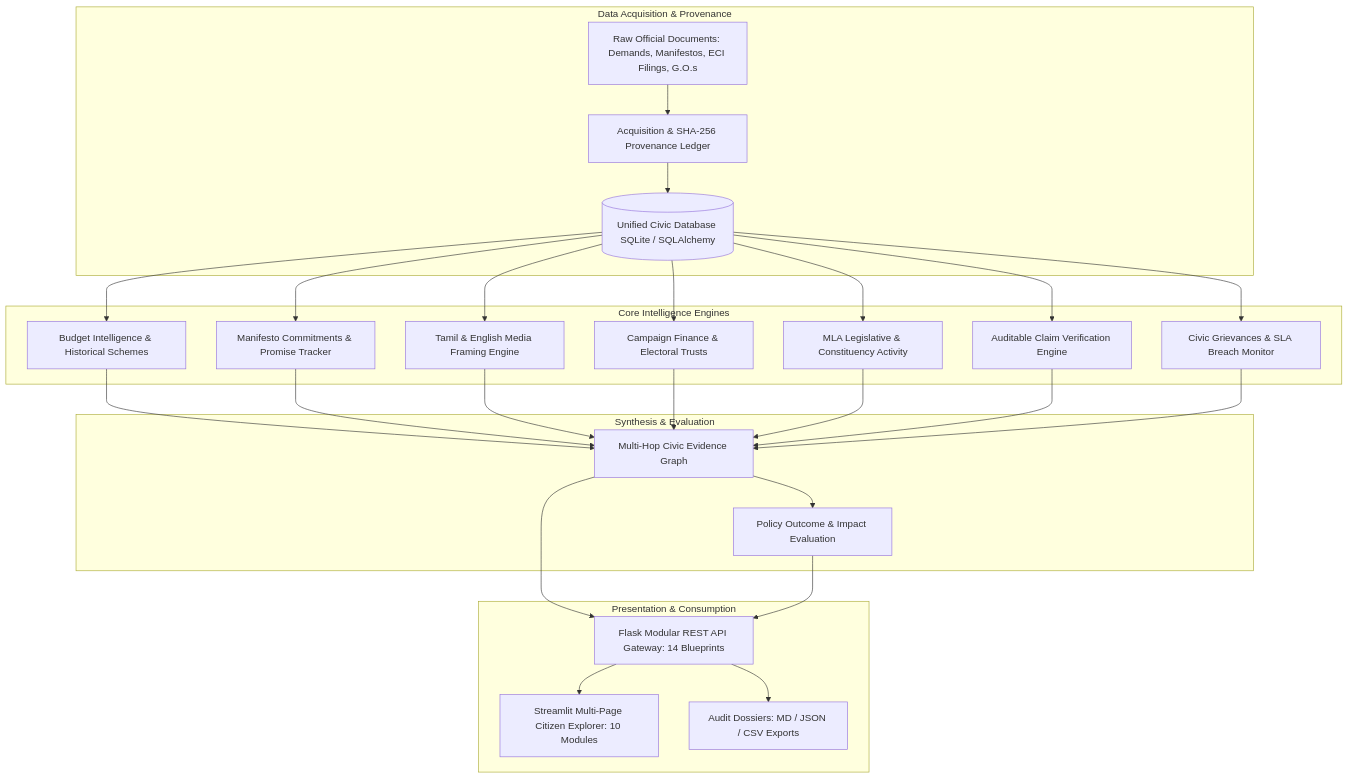
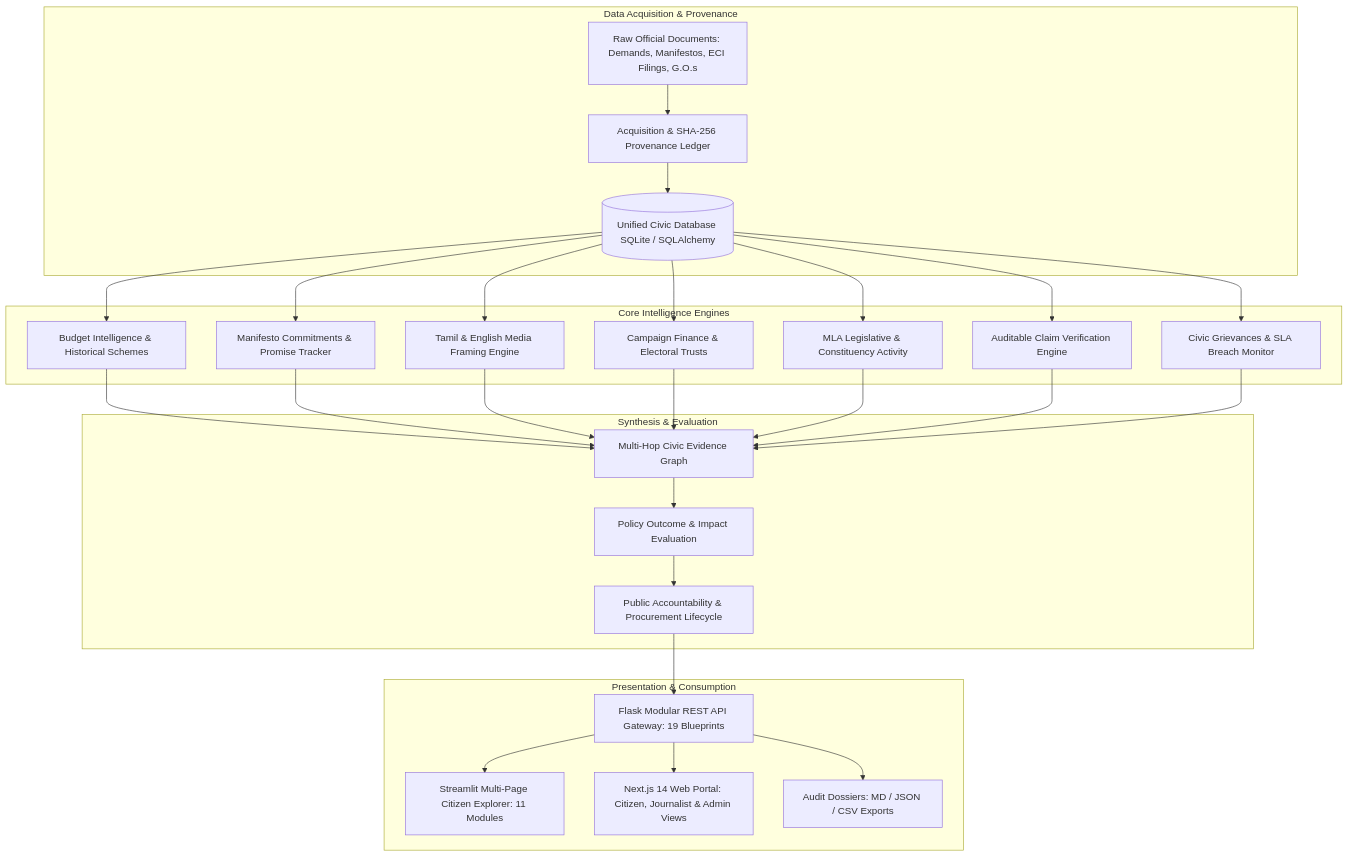
Before and after one commit to niviii-08/CIVICLENS: the diagram in README.md, drawn with Mermaid. The commit also changed other lines of this file and 7 other files, not shown here.

Commit message:
test(phase11): add seed pipeline, comprehensive test suites, and Phase 11 architecture documentation

````diff
--- a/README.md
+++ b/README.md
@@ -33,28 +33,30 @@
 ```mermaid
 flowchart TD
     subgraph Data Acquisition & Provenance
         RAW[Raw Official Documents: Demands, Manifestos, ECI Filings, G.O.s] --> ACQ[Acquisition & SHA-256 Provenance Ledger]
         ACQ --> DB[(Unified Civic Database SQLite / SQLAlchemy)]
     end
 
     subgraph Core Intelligence Engines
         DB --> P1[Budget Intelligence & Historical Schemes]
         DB --> P3[Manifesto Commitments & Promise Tracker]
         DB --> P4[Tamil & English Media Framing Engine]
         DB --> P5[Campaign Finance & Electoral Trusts]
         DB --> P6[MLA Legislative & Constituency Activity]
         DB --> P7[Auditable Claim Verification Engine]
         DB --> P8[Civic Grievances & SLA Breach Monitor]
     end
 
     subgraph Synthesis & Evaluation
         P1 & P3 & P4 & P5 & P6 & P7 & P8 --> P9[Multi-Hop Civic Evidence Graph]
         P9 --> P10[Policy Outcome & Impact Evaluation]
+        P10 --> P11[Public Accountability & Procurement Lifecycle]
     end
 
     subgraph Presentation & Consumption
-        P9 & P10 --> API[Flask Modular REST API Gateway: 14 Blueprints]
-        API --> ST[Streamlit Multi-Page Citizen Explorer: 10 Modules]
+        P11 --> API[Flask Modular REST API Gateway: 19 Blueprints]
+        API --> ST[Streamlit Multi-Page Citizen Explorer: 11 Modules]
+        API --> NEXT[Next.js 14 Web Portal: Citizen, Journalist & Admin Views]
         API --> EXP[Audit Dossiers: MD / JSON / CSV Exports]
     end
 ```
````
